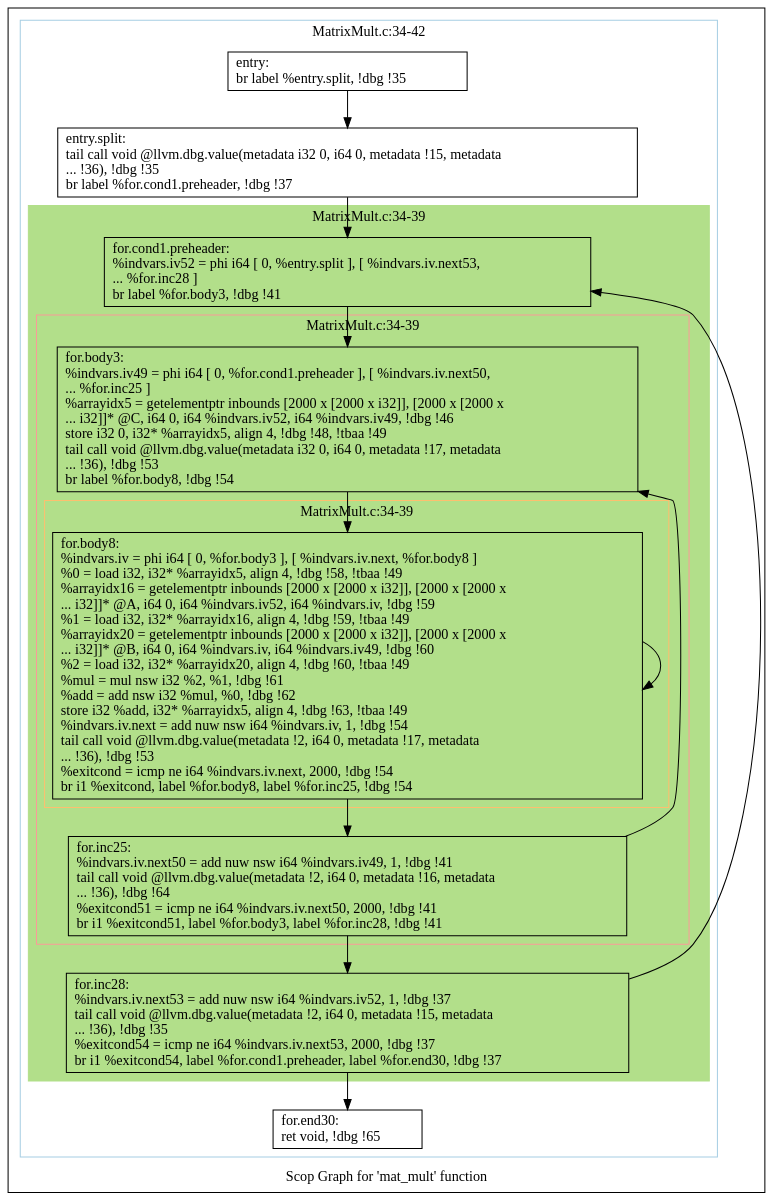
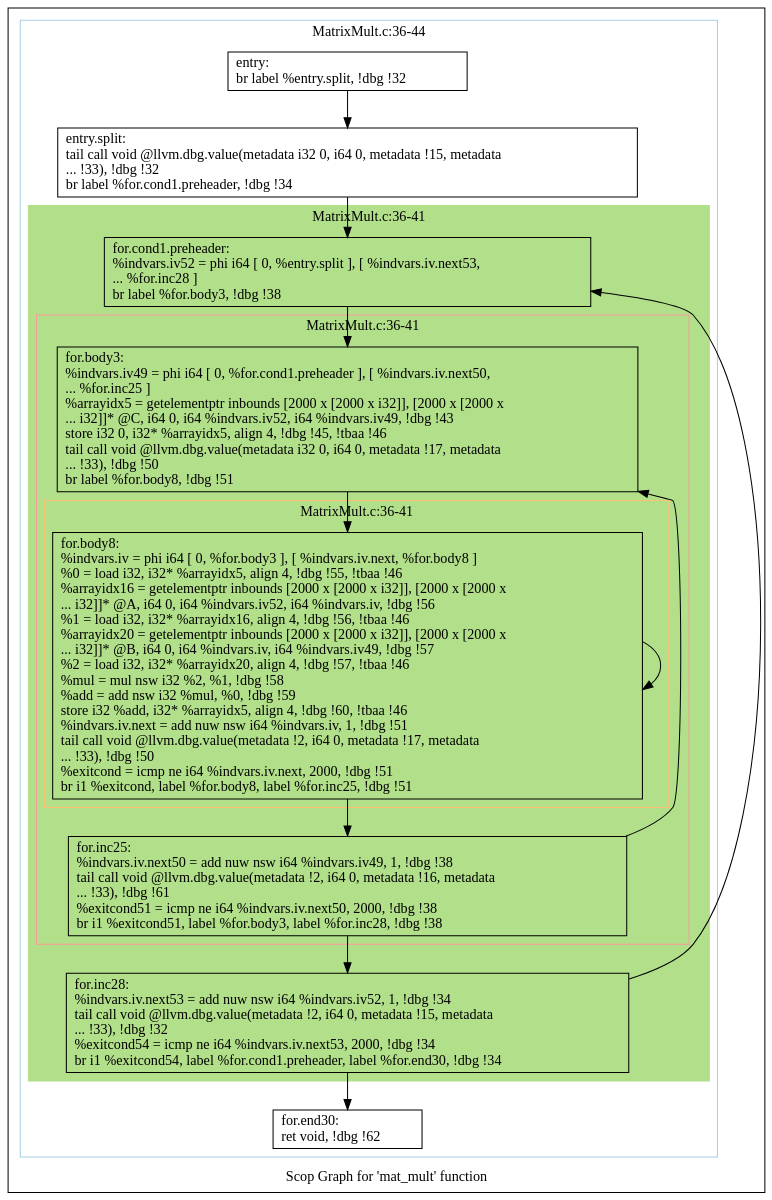
One commit to samminweng/WhileyOpenCL changed the diagram in polly/MatrixMult/impl/handwritten/dot/scops.mat_mult.dot. Above: the diagram before and after it, drawn with Graphviz. The commit also changed 27 other files, not shown here.

Commit message:
Run MatrixMult Benchmark

```diff
--- a/polly/MatrixMult/impl/handwritten/dot/scops.mat_mult.dot
+++ b/polly/MatrixMult/impl/handwritten/dot/scops.mat_mult.dot
@@ -1,54 +1,54 @@
 digraph "Scop Graph for 'mat_mult' function" {
 	label="Scop Graph for 'mat_mult' function";
 
-	Node0x9a14590 [shape=record,label="{entry:\l  br label %entry.split, !dbg !35\l}"];
-	Node0x9a14590 -> Node0x99a31e0;
-	Node0x99a31e0 [shape=record,label="{entry.split:                                      \l  tail call void @llvm.dbg.value(metadata i32 0, i64 0, metadata !15, metadata\l... !36), !dbg !35\l  br label %for.cond1.preheader, !dbg !37\l}"];
-	Node0x99a31e0 -> Node0x981a9e0;
-	Node0x981a9e0 [shape=record,label="{for.cond1.preheader:                              \l  %indvars.iv52 = phi i64 [ 0, %entry.split ], [ %indvars.iv.next53,\l... %for.inc28 ]\l  br label %for.body3, !dbg !41\l}"];
-	Node0x981a9e0 -> Node0x9a60210;
-	Node0x9a60210 [shape=record,label="{for.body3:                                        \l  %indvars.iv49 = phi i64 [ 0, %for.cond1.preheader ], [ %indvars.iv.next50,\l... %for.inc25 ]\l  %arrayidx5 = getelementptr inbounds [2000 x [2000 x i32]], [2000 x [2000 x\l... i32]]* @C, i64 0, i64 %indvars.iv52, i64 %indvars.iv49, !dbg !46\l  store i32 0, i32* %arrayidx5, align 4, !dbg !48, !tbaa !49\l  tail call void @llvm.dbg.value(metadata i32 0, i64 0, metadata !17, metadata\l... !36), !dbg !53\l  br label %for.body8, !dbg !54\l}"];
-	Node0x9a60210 -> Node0x9a1be60;
-	Node0x9a1be60 [shape=record,label="{for.body8:                                        \l  %indvars.iv = phi i64 [ 0, %for.body3 ], [ %indvars.iv.next, %for.body8 ]\l  %0 = load i32, i32* %arrayidx5, align 4, !dbg !58, !tbaa !49\l  %arrayidx16 = getelementptr inbounds [2000 x [2000 x i32]], [2000 x [2000 x\l... i32]]* @A, i64 0, i64 %indvars.iv52, i64 %indvars.iv, !dbg !59\l  %1 = load i32, i32* %arrayidx16, align 4, !dbg !59, !tbaa !49\l  %arrayidx20 = getelementptr inbounds [2000 x [2000 x i32]], [2000 x [2000 x\l... i32]]* @B, i64 0, i64 %indvars.iv, i64 %indvars.iv49, !dbg !60\l  %2 = load i32, i32* %arrayidx20, align 4, !dbg !60, !tbaa !49\l  %mul = mul nsw i32 %2, %1, !dbg !61\l  %add = add nsw i32 %mul, %0, !dbg !62\l  store i32 %add, i32* %arrayidx5, align 4, !dbg !63, !tbaa !49\l  %indvars.iv.next = add nuw nsw i64 %indvars.iv, 1, !dbg !54\l  tail call void @llvm.dbg.value(metadata !2, i64 0, metadata !17, metadata\l... !36), !dbg !53\l  %exitcond = icmp ne i64 %indvars.iv.next, 2000, !dbg !54\l  br i1 %exitcond, label %for.body8, label %for.inc25, !dbg !54\l}"];
-	Node0x9a1be60 -> Node0x9a1be60[constraint=false];
-	Node0x9a1be60 -> Node0x99a19f0;
-	Node0x99a19f0 [shape=record,label="{for.inc25:                                        \l  %indvars.iv.next50 = add nuw nsw i64 %indvars.iv49, 1, !dbg !41\l  tail call void @llvm.dbg.value(metadata !2, i64 0, metadata !16, metadata\l... !36), !dbg !64\l  %exitcond51 = icmp ne i64 %indvars.iv.next50, 2000, !dbg !41\l  br i1 %exitcond51, label %for.body3, label %for.inc28, !dbg !41\l}"];
-	Node0x99a19f0 -> Node0x9a60210[constraint=false];
-	Node0x99a19f0 -> Node0x9a70e20;
-	Node0x9a70e20 [shape=record,label="{for.inc28:                                        \l  %indvars.iv.next53 = add nuw nsw i64 %indvars.iv52, 1, !dbg !37\l  tail call void @llvm.dbg.value(metadata !2, i64 0, metadata !15, metadata\l... !36), !dbg !35\l  %exitcond54 = icmp ne i64 %indvars.iv.next53, 2000, !dbg !37\l  br i1 %exitcond54, label %for.cond1.preheader, label %for.end30, !dbg !37\l}"];
-	Node0x9a70e20 -> Node0x981a9e0[constraint=false];
-	Node0x9a70e20 -> Node0x999df00;
-	Node0x999df00 [shape=record,label="{for.end30:                                        \l  ret void, !dbg !65\l}"];
+	Node0xada3590 [shape=record,label="{entry:\l  br label %entry.split, !dbg !32\l}"];
+	Node0xada3590 -> Node0xae7ebe0;
+	Node0xae7ebe0 [shape=record,label="{entry.split:                                      \l  tail call void @llvm.dbg.value(metadata i32 0, i64 0, metadata !15, metadata\l... !33), !dbg !32\l  br label %for.cond1.preheader, !dbg !34\l}"];
+	Node0xae7ebe0 -> Node0xae287f0;
+	Node0xae287f0 [shape=record,label="{for.cond1.preheader:                              \l  %indvars.iv52 = phi i64 [ 0, %entry.split ], [ %indvars.iv.next53,\l... %for.inc28 ]\l  br label %for.body3, !dbg !38\l}"];
+	Node0xae287f0 -> Node0xae1b270;
+	Node0xae1b270 [shape=record,label="{for.body3:                                        \l  %indvars.iv49 = phi i64 [ 0, %for.cond1.preheader ], [ %indvars.iv.next50,\l... %for.inc25 ]\l  %arrayidx5 = getelementptr inbounds [2000 x [2000 x i32]], [2000 x [2000 x\l... i32]]* @C, i64 0, i64 %indvars.iv52, i64 %indvars.iv49, !dbg !43\l  store i32 0, i32* %arrayidx5, align 4, !dbg !45, !tbaa !46\l  tail call void @llvm.dbg.value(metadata i32 0, i64 0, metadata !17, metadata\l... !33), !dbg !50\l  br label %for.body8, !dbg !51\l}"];
+	Node0xae1b270 -> Node0xad9f130;
+	Node0xad9f130 [shape=record,label="{for.body8:                                        \l  %indvars.iv = phi i64 [ 0, %for.body3 ], [ %indvars.iv.next, %for.body8 ]\l  %0 = load i32, i32* %arrayidx5, align 4, !dbg !55, !tbaa !46\l  %arrayidx16 = getelementptr inbounds [2000 x [2000 x i32]], [2000 x [2000 x\l... i32]]* @A, i64 0, i64 %indvars.iv52, i64 %indvars.iv, !dbg !56\l  %1 = load i32, i32* %arrayidx16, align 4, !dbg !56, !tbaa !46\l  %arrayidx20 = getelementptr inbounds [2000 x [2000 x i32]], [2000 x [2000 x\l... i32]]* @B, i64 0, i64 %indvars.iv, i64 %indvars.iv49, !dbg !57\l  %2 = load i32, i32* %arrayidx20, align 4, !dbg !57, !tbaa !46\l  %mul = mul nsw i32 %2, %1, !dbg !58\l  %add = add nsw i32 %mul, %0, !dbg !59\l  store i32 %add, i32* %arrayidx5, align 4, !dbg !60, !tbaa !46\l  %indvars.iv.next = add nuw nsw i64 %indvars.iv, 1, !dbg !51\l  tail call void @llvm.dbg.value(metadata !2, i64 0, metadata !17, metadata\l... !33), !dbg !50\l  %exitcond = icmp ne i64 %indvars.iv.next, 2000, !dbg !51\l  br i1 %exitcond, label %for.body8, label %for.inc25, !dbg !51\l}"];
+	Node0xad9f130 -> Node0xad9f130[constraint=false];
+	Node0xad9f130 -> Node0xad9d440;
+	Node0xad9d440 [shape=record,label="{for.inc25:                                        \l  %indvars.iv.next50 = add nuw nsw i64 %indvars.iv49, 1, !dbg !38\l  tail call void @llvm.dbg.value(metadata !2, i64 0, metadata !16, metadata\l... !33), !dbg !61\l  %exitcond51 = icmp ne i64 %indvars.iv.next50, 2000, !dbg !38\l  br i1 %exitcond51, label %for.body3, label %for.inc28, !dbg !38\l}"];
+	Node0xad9d440 -> Node0xae1b270[constraint=false];
+	Node0xad9d440 -> Node0xad97890;
+	Node0xad97890 [shape=record,label="{for.inc28:                                        \l  %indvars.iv.next53 = add nuw nsw i64 %indvars.iv52, 1, !dbg !34\l  tail call void @llvm.dbg.value(metadata !2, i64 0, metadata !15, metadata\l... !33), !dbg !32\l  %exitcond54 = icmp ne i64 %indvars.iv.next53, 2000, !dbg !34\l  br i1 %exitcond54, label %for.cond1.preheader, label %for.end30, !dbg !34\l}"];
+	Node0xad97890 -> Node0xae287f0[constraint=false];
+	Node0xad97890 -> Node0xad96c20;
+	Node0xad96c20 [shape=record,label="{for.end30:                                        \l  ret void, !dbg !62\l}"];
 	colorscheme = "paired12"
-        subgraph cluster_0x99a2c20 {
-          label = "MatrixMult.c:34-42
+        subgraph cluster_0xad97950 {
+          label = "MatrixMult.c:36-44
 ";
           style = solid;
           color = 1
-          subgraph cluster_0x9a778d0 {
-            label = "MatrixMult.c:34-39
+          subgraph cluster_0xad9a4f0 {
+            label = "MatrixMult.c:36-41
 ";
             style = filled;
-            color = 3            subgraph cluster_0x999aca0 {
-              label = "MatrixMult.c:34-39
+            color = 3            subgraph cluster_0xae77870 {
+              label = "MatrixMult.c:36-41
 ";
               style = solid;
               color = 5
-              subgraph cluster_0x9a79550 {
-                label = "MatrixMult.c:34-39
+              subgraph cluster_0xad9d950 {
+                label = "MatrixMult.c:36-41
 ";
                 style = solid;
                 color = 7
-                Node0x9a1be60;
+                Node0xad9f130;
               }
-              Node0x9a60210;
-              Node0x99a19f0;
+              Node0xae1b270;
+              Node0xad9d440;
             }
-            Node0x981a9e0;
-            Node0x9a70e20;
+            Node0xae287f0;
+            Node0xad97890;
           }
-          Node0x9a14590;
-          Node0x99a31e0;
-          Node0x999df00;
+          Node0xada3590;
+          Node0xae7ebe0;
+          Node0xad96c20;
         }
 }
```
